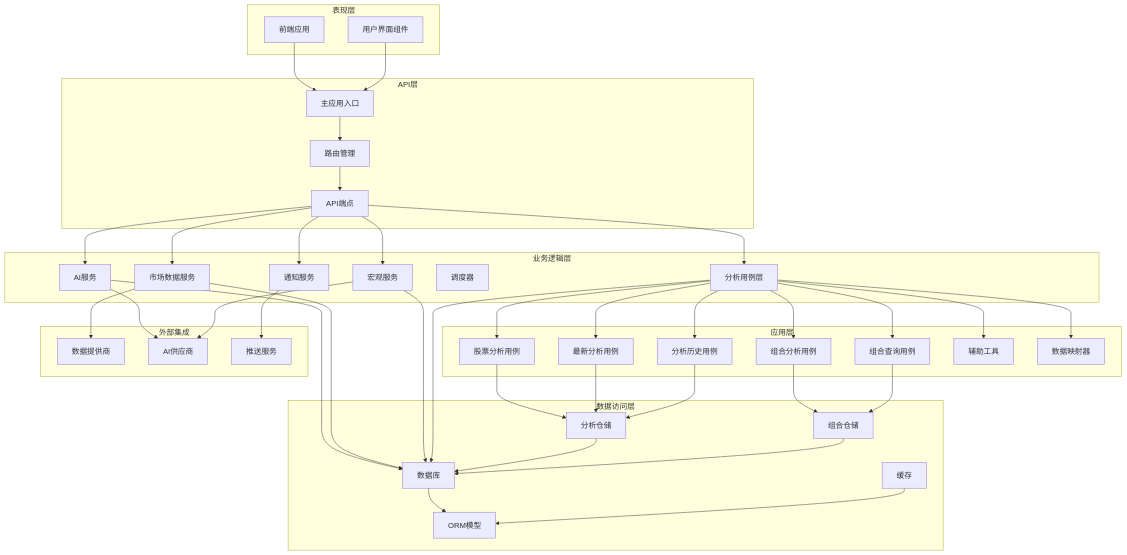
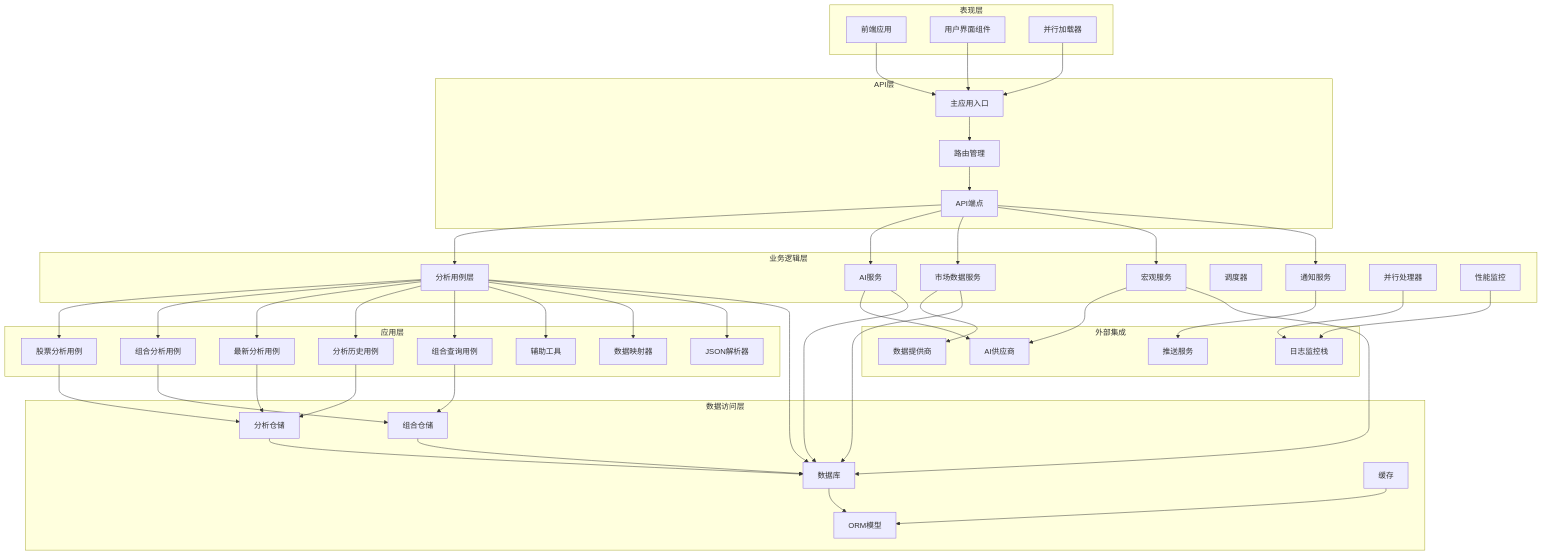
Before and after one commit to breeze-lyf/ai-stock-advisor: the fifth of 15 diagrams in .qoder/repowiki/zh/content/Enhanced Ai Analysis Service.md, drawn with Mermaid. The commit also changed other lines of this file and 43 other files, not shown here.

````diff
--- a/.qoder/repowiki/zh/content/Enhanced Ai Analysis Service.md
+++ b/.qoder/repowiki/zh/content/Enhanced Ai Analysis Service.md
@@ -248,6 +274,7 @@
 subgraph "表现层"
 Frontend[前端应用]
 UI[用户界面组件]
+ParallelLoader[并行加载器]
 end
 subgraph "API层"
 Main[主应用入口]
@@ -261,6 +288,8 @@
 NotificationService[通知服务]
 Scheduler[调度器]
 AnalysisUseCases[分析用例层]
+ParallelProcessor[并行处理器]
+PerformanceMonitor[性能监控]
 end
 subgraph "应用层"
 AnalyzeStockUseCase[股票分析用例]
@@ -270,6 +299,7 @@
 QueryPortfolioUseCase[组合查询用例]
 Helpers[辅助工具]
 Mappers[数据映射器]
+JSONParser[JSON解析器]
 end
 subgraph "数据访问层"
 Database[数据库]
@@ -282,9 +312,11 @@
 Providers[数据提供商]
 AIProviders[AI供应商]
 PushServices[推送服务]
+LogStack[日志监控栈]
 end
 Frontend --> Main
 UI --> Main
+ParallelLoader --> Main
 Main --> Router
 Router --> Endpoints
 Endpoints --> AnalysisUseCases
@@ -299,6 +331,7 @@
 AnalysisUseCases --> QueryPortfolioUseCase
 AnalysisUseCases --> Helpers
 AnalysisUseCases --> Mappers
+AnalysisUseCases --> JSONParser
 AnalyzeStockUseCase --> AnalysisRepository
 AnalyzePortfolioUseCase --> PortfolioRepository
 GetLatestAnalysisUseCase --> AnalysisRepository
@@ -316,4 +349,6 @@
 PortfolioRepository --> Database
 Database --> Models
 Cache --> Models
+ParallelProcessor --> LogStack
+PerformanceMonitor --> LogStack
 ```
````
